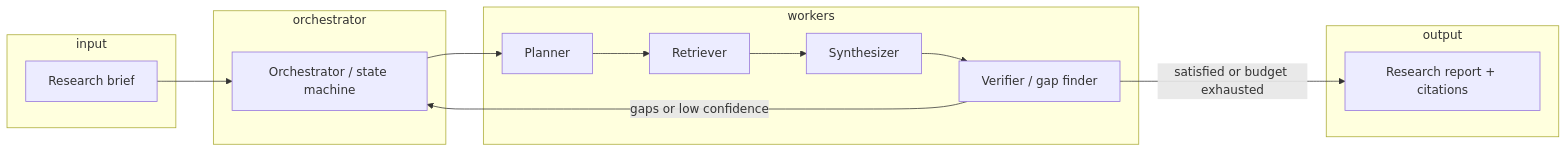
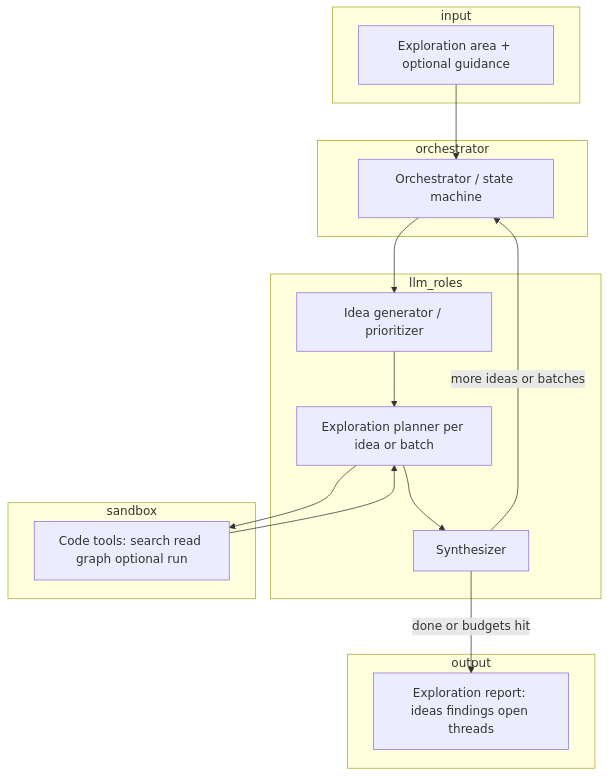
Before and after one commit to ykirpichev/Research-agent: the diagram in docs/auto-research-agent-design.md, drawn with Mermaid. The commit also changed other lines of this file, not shown here.

Commit message:
docs: pivot design to code exploration, 20 ideas, sandbox, batching

````diff
--- a/docs/auto-research-agent-design.md
+++ b/docs/auto-research-agent-design.md
@@ -22,25 +25,28 @@
 ```mermaid
-flowchart LR
+flowchart TB
   subgraph input
-    Q[Research brief]
+    A[Exploration area + optional guidance]
   end
   subgraph orchestrator
     O[Orchestrator / state machine]
   end
-  subgraph workers
-    P[Planner]
-    R[Retriever]
-    S[Synthesizer]
-    V[Verifier / gap finder]
+  subgraph llm_roles
+    IG[Idea generator / prioritizer]
+    EP[Exploration planner per idea or batch]
+    SY[Synthesizer]
+  end
+  subgraph sandbox
+    T[Code tools: search read graph optional run]
   end
   subgraph output
-    A[Research report + citations]
+    R[Exploration report: ideas findings open threads]
   end
-  Q --> O
-  O --> P
-  P --> R
-  R --> S
-  S --> V
-  V -->|gaps or low confidence| O
-  V -->|satisfied or budget exhausted| A
+  A --> O
+  O --> IG
+  IG --> EP
+  EP --> T
+  T --> EP
+  EP --> SY
+  SY -->|more ideas or batches| O
+  SY -->|done or budgets hit| R
 ```
````
